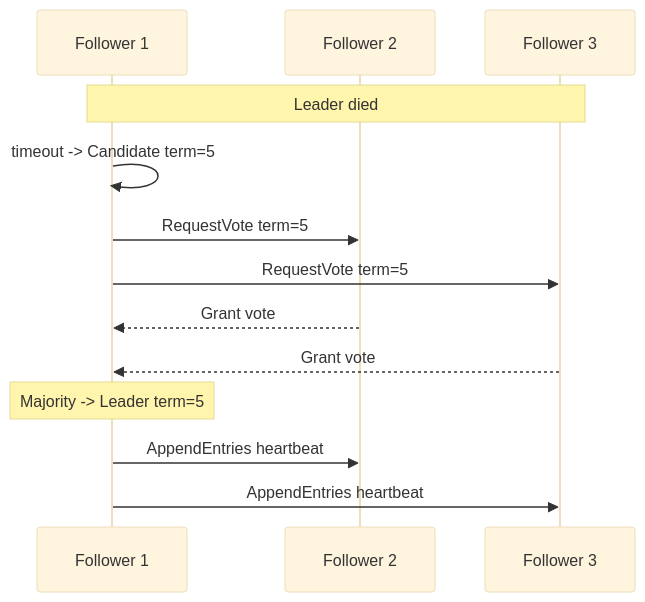
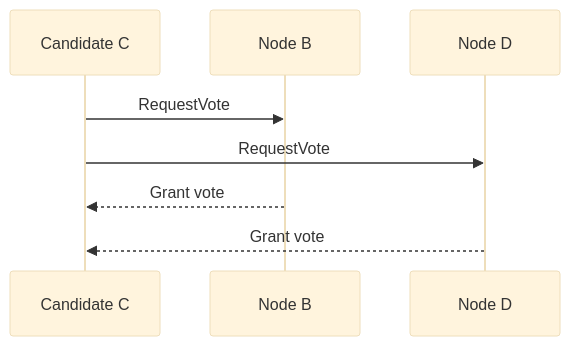
Before and after one commit to hareramcse/SystemDesign: diagram 36 of 44 in 05-distributed-databases/README.md, drawn with Mermaid (base theme). The commit also changed other lines of this file, not shown here.

````diff
--- a/05-distributed-databases/README.md
+++ b/05-distributed-databases/README.md
@@ -1996,15 +4479,10 @@
 ```mermaid
 sequenceDiagram
-    participant F1 as Follower 1
-    participant F2 as Follower 2
-    participant F3 as Follower 3
-    Note over F1,F3: Leader died
-    F1->>F1: timeout -> Candidate term=5
-    F1->>F2: RequestVote term=5
-    F1->>F3: RequestVote term=5
-    F2-->>F1: Grant vote
-    F3-->>F1: Grant vote
-    Note over F1: Majority -> Leader term=5
-    F1->>F2: AppendEntries heartbeat
-    F1->>F3: AppendEntries heartbeat
+    participant C as Candidate C
+    participant B as Node B
+    participant D as Node D
+    C->>B: RequestVote
+    C->>D: RequestVote
+    B-->>C: Grant vote
+    D-->>C: Grant vote
 ```
````
